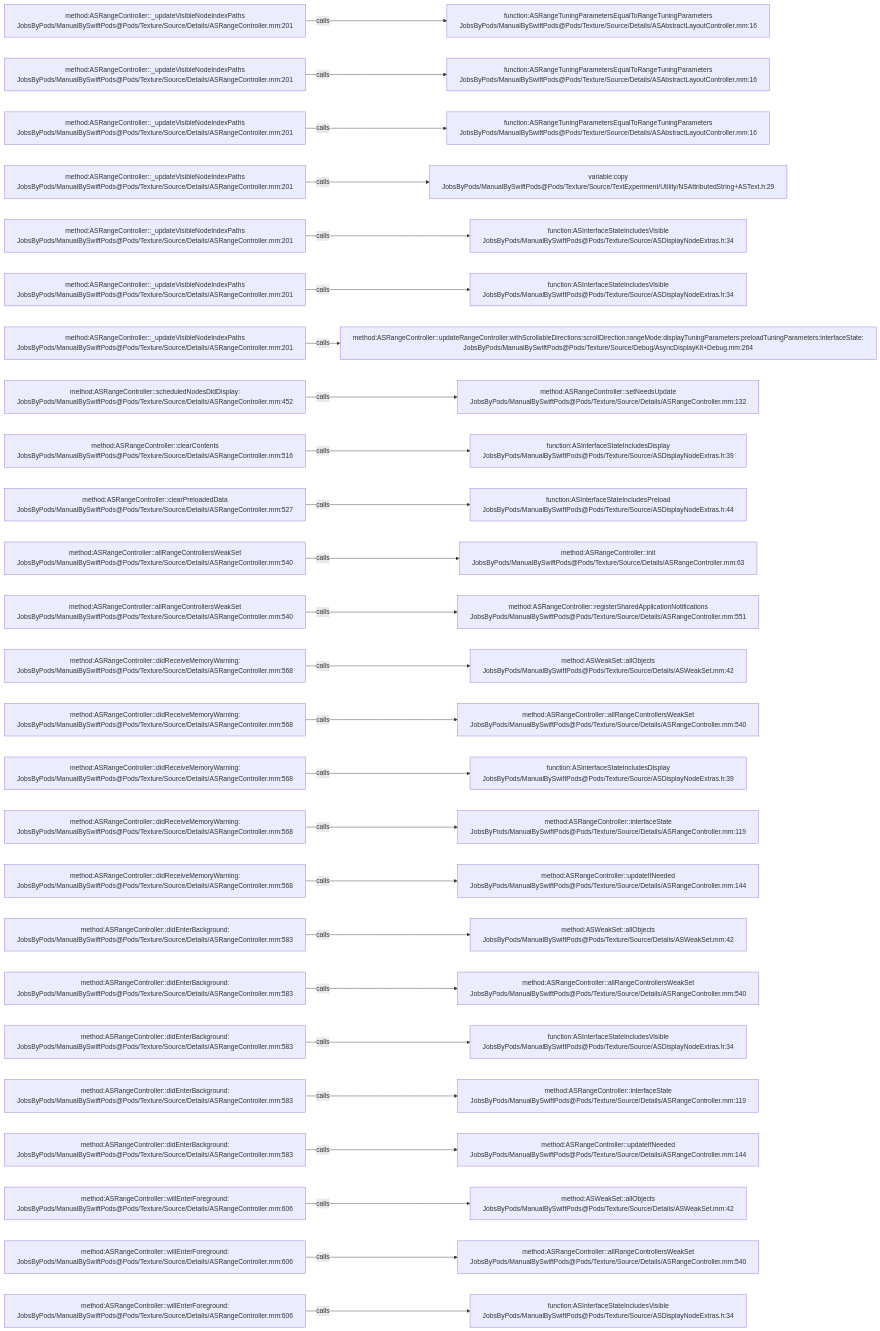
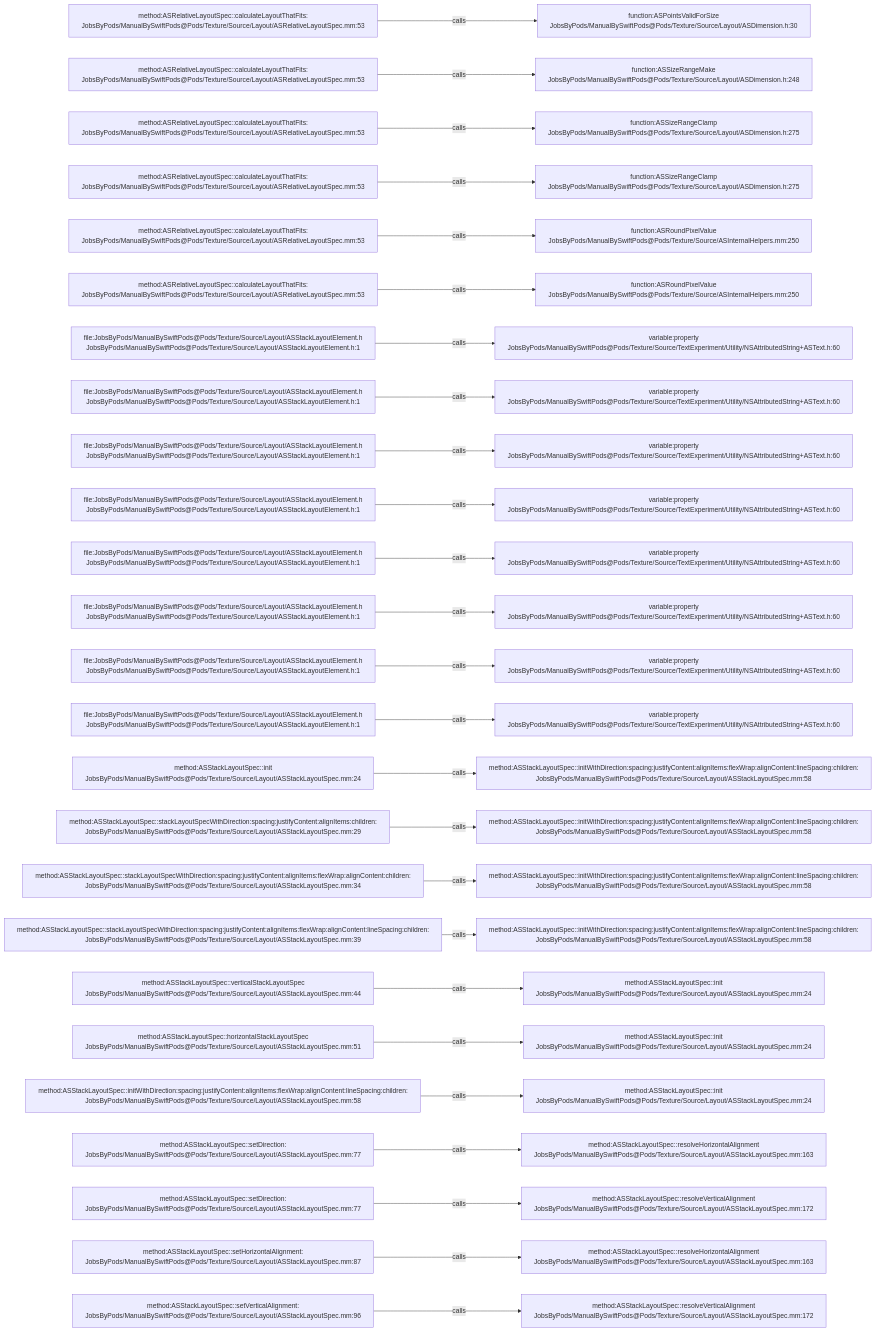
The diagram in .codegraph/codegraph.md/graphs/calls-113.md (JobsKits/JobsSwiftBaseConfigDemo), drawn with Mermaid before and after one commit. The commit also changed 832 other files, not shown here.

````diff
--- a/.codegraph/codegraph.md/graphs/calls-113.md
+++ b/.codegraph/codegraph.md/graphs/calls-113.md
@@ -13,78 +13,78 @@
 ```mermaid
 flowchart LR
-  S1["method:ASRangeController::_updateVisibleNodeIndexPaths<br/>JobsByPods/ManualBySwiftPods@Pods/Texture/Source/Details/ASRangeController.mm:201"]
-  T1["function:ASRangeTuningParametersEqualToRangeTuningParameters<br/>JobsByPods/ManualBySwiftPods@Pods/Texture/Source/Details/ASAbstractLayoutController.mm:16"]
+  S1["method:ASRelativeLayoutSpec::calculateLayoutThatFits:<br/>JobsByPods/ManualBySwiftPods@Pods/Texture/Source/Layout/ASRelativeLayoutSpec.mm:53"]
+  T1["function:ASPointsValidForSize<br/>JobsByPods/ManualBySwiftPods@Pods/Texture/Source/Layout/ASDimension.h:30"]
   S1 -->|calls| T1
-  S2["method:ASRangeController::_updateVisibleNodeIndexPaths<br/>JobsByPods/ManualBySwiftPods@Pods/Texture/Source/Details/ASRangeController.mm:201"]
-  T2["function:ASRangeTuningParametersEqualToRangeTuningParameters<br/>JobsByPods/ManualBySwiftPods@Pods/Texture/Source/Details/ASAbstractLayoutController.mm:16"]
+  S2["method:ASRelativeLayoutSpec::calculateLayoutThatFits:<br/>JobsByPods/ManualBySwiftPods@Pods/Texture/Source/Layout/ASRelativeLayoutSpec.mm:53"]
+  T2["function:ASSizeRangeMake<br/>JobsByPods/ManualBySwiftPods@Pods/Texture/Source/Layout/ASDimension.h:248"]
   S2 -->|calls| T2
-  S3["method:ASRangeController::_updateVisibleNodeIndexPaths<br/>JobsByPods/ManualBySwiftPods@Pods/Texture/Source/Details/ASRangeController.mm:201"]
-  T3["function:ASRangeTuningParametersEqualToRangeTuningParameters<br/>JobsByPods/ManualBySwiftPods@Pods/Texture/Source/Details/ASAbstractLayoutController.mm:16"]
+  S3["method:ASRelativeLayoutSpec::calculateLayoutThatFits:<br/>JobsByPods/ManualBySwiftPods@Pods/Texture/Source/Layout/ASRelativeLayoutSpec.mm:53"]
+  T3["function:ASSizeRangeClamp<br/>JobsByPods/ManualBySwiftPods@Pods/Texture/Source/Layout/ASDimension.h:275"]
   S3 -->|calls| T3
-  S4["method:ASRangeController::_updateVisibleNodeIndexPaths<br/>JobsByPods/ManualBySwiftPods@Pods/Texture/Source/Details/ASRangeController.mm:201"]
-  T4["variable:copy<br/>JobsByPods/ManualBySwiftPods@Pods/Texture/Source/TextExperiment/Utility/NSAttributedString+ASText.h:29"]
+  S4["method:ASRelativeLayoutSpec::calculateLayoutThatFits:<br/>JobsByPods/ManualBySwiftPods@Pods/Texture/Source/Layout/ASRelativeLayoutSpec.mm:53"]
+  T4["function:ASSizeRangeClamp<br/>JobsByPods/ManualBySwiftPods@Pods/Texture/Source/Layout/ASDimension.h:275"]
   S4 -->|calls| T4
-  S5["method:ASRangeController::_updateVisibleNodeIndexPaths<br/>JobsByPods/ManualBySwiftPods@Pods/Texture/Source/Details/ASRangeController.mm:201"]
-  T5["function:ASInterfaceStateIncludesVisible<br/>JobsByPods/ManualBySwiftPods@Pods/Texture/Source/ASDisplayNodeExtras.h:34"]
+  S5["method:ASRelativeLayoutSpec::calculateLayoutThatFits:<br/>JobsByPods/ManualBySwiftPods@Pods/Texture/Source/Layout/ASRelativeLayoutSpec.mm:53"]
+  T5["function:ASRoundPixelValue<br/>JobsByPods/ManualBySwiftPods@Pods/Texture/Source/ASInternalHelpers.mm:250"]
   S5 -->|calls| T5
-  S6["method:ASRangeController::_updateVisibleNodeIndexPaths<br/>JobsByPods/ManualBySwiftPods@Pods/Texture/Source/Details/ASRangeController.mm:201"]
-  T6["function:ASInterfaceStateIncludesVisible<br/>JobsByPods/ManualBySwiftPods@Pods/Texture/Source/ASDisplayNodeExtras.h:34"]
+  S6["method:ASRelativeLayoutSpec::calculateLayoutThatFits:<br/>JobsByPods/ManualBySwiftPods@Pods/Texture/Source/Layout/ASRelativeLayoutSpec.mm:53"]
+  T6["function:ASRoundPixelValue<br/>JobsByPods/ManualBySwiftPods@Pods/Texture/Source/ASInternalHelpers.mm:250"]
   S6 -->|calls| T6
-  S7["method:ASRangeController::_updateVisibleNodeIndexPaths<br/>JobsByPods/ManualBySwiftPods@Pods/Texture/Source/Details/ASRangeController.mm:201"]
-  T7["method:ASRangeController::updateRangeController:withScrollableDirections:scrollDirection:rangeMode:displayTuningParameters:preloadTuningParameters:interfaceState:<br/>JobsByPods/ManualBySwiftPods@Pods/Texture/Source/Debug/AsyncDisplayKit+Debug.mm:264"]
+  S7["file:JobsByPods/ManualBySwiftPods@Pods/Texture/Source/Layout/ASStackLayoutElement.h<br/>JobsByPods/ManualBySwiftPods@Pods/Texture/Source/Layout/ASStackLayoutElement.h:1"]
+  T7["variable:property<br/>JobsByPods/ManualBySwiftPods@Pods/Texture/Source/TextExperiment/Utility/NSAttributedString+ASText.h:60"]
   S7 -->|calls| T7
-  S8["method:ASRangeController::scheduledNodesDidDisplay:<br/>JobsByPods/ManualBySwiftPods@Pods/Texture/Source/Details/ASRangeController.mm:452"]
-  T8["method:ASRangeController::setNeedsUpdate<br/>JobsByPods/ManualBySwiftPods@Pods/Texture/Source/Details/ASRangeController.mm:132"]
+  S8["file:JobsByPods/ManualBySwiftPods@Pods/Texture/Source/Layout/ASStackLayoutElement.h<br/>JobsByPods/ManualBySwiftPods@Pods/Texture/Source/Layout/ASStackLayoutElement.h:1"]
+  T8["variable:property<br/>JobsByPods/ManualBySwiftPods@Pods/Texture/Source/TextExperiment/Utility/NSAttributedString+ASText.h:60"]
   S8 -->|calls| T8
-  S9["method:ASRangeController::clearContents<br/>JobsByPods/ManualBySwiftPods@Pods/Texture/Source/Details/ASRangeController.mm:516"]
-  T9["function:ASInterfaceStateIncludesDisplay<br/>JobsByPods/ManualBySwiftPods@Pods/Texture/Source/ASDisplayNodeExtras.h:39"]
+  S9["file:JobsByPods/ManualBySwiftPods@Pods/Texture/Source/Layout/ASStackLayoutElement.h<br/>JobsByPods/ManualBySwiftPods@Pods/Texture/Source/Layout/ASStackLayoutElement.h:1"]
+  T9["variable:property<br/>JobsByPods/ManualBySwiftPods@Pods/Texture/Source/TextExperiment/Utility/NSAttributedString+ASText.h:60"]
   S9 -->|calls| T9
-  S10["method:ASRangeController::clearPreloadedData<br/>JobsByPods/ManualBySwiftPods@Pods/Texture/Source/Details/ASRangeController.mm:527"]
-  T10["function:ASInterfaceStateIncludesPreload<br/>JobsByPods/ManualBySwiftPods@Pods/Texture/Source/ASDisplayNodeExtras.h:44"]
+  S10["file:JobsByPods/ManualBySwiftPods@Pods/Texture/Source/Layout/ASStackLayoutElement.h<br/>JobsByPods/ManualBySwiftPods@Pods/Texture/Source/Layout/ASStackLayoutElement.h:1"]
+  T10["variable:property<br/>JobsByPods/ManualBySwiftPods@Pods/Texture/Source/TextExperiment/Utility/NSAttributedString+ASText.h:60"]
   S10 -->|calls| T10
-  S11["method:ASRangeController::allRangeControllersWeakSet<br/>JobsByPods/ManualBySwiftPods@Pods/Texture/Source/Details/ASRangeController.mm:540"]
-  T11["method:ASRangeController::init<br/>JobsByPods/ManualBySwiftPods@Pods/Texture/Source/Details/ASRangeController.mm:63"]
+  S11["file:JobsByPods/ManualBySwiftPods@Pods/Texture/Source/Layout/ASStackLayoutElement.h<br/>JobsByPods/ManualBySwiftPods@Pods/Texture/Source/Layout/ASStackLayoutElement.h:1"]
+  T11["variable:property<br/>JobsByPods/ManualBySwiftPods@Pods/Texture/Source/TextExperiment/Utility/NSAttributedString+ASText.h:60"]
   S11 -->|calls| T11
-  S12["method:ASRangeController::allRangeControllersWeakSet<br/>JobsByPods/ManualBySwiftPods@Pods/Texture/Source/Details/ASRangeController.mm:540"]
-  T12["method:ASRangeController::registerSharedApplicationNotifications<br/>JobsByPods/ManualBySwiftPods@Pods/Texture/Source/Details/ASRangeController.mm:551"]
+  S12["file:JobsByPods/ManualBySwiftPods@Pods/Texture/Source/Layout/ASStackLayoutElement.h<br/>JobsByPods/ManualBySwiftPods@Pods/Texture/Source/Layout/ASStackLayoutElement.h:1"]
+  T12["variable:property<br/>JobsByPods/ManualBySwiftPods@Pods/Texture/Source/TextExperiment/Utility/NSAttributedString+ASText.h:60"]
   S12 -->|calls| T12
-  S13["method:ASRangeController::didReceiveMemoryWarning:<br/>JobsByPods/ManualBySwiftPods@Pods/Texture/Source/Details/ASRangeController.mm:568"]
-  T13["method:ASWeakSet::allObjects<br/>JobsByPods/ManualBySwiftPods@Pods/Texture/Source/Details/ASWeakSet.mm:42"]
+  S13["file:JobsByPods/ManualBySwiftPods@Pods/Texture/Source/Layout/ASStackLayoutElement.h<br/>JobsByPods/ManualBySwiftPods@Pods/Texture/Source/Layout/ASStackLayoutElement.h:1"]
+  T13["variable:property<br/>JobsByPods/ManualBySwiftPods@Pods/Texture/Source/TextExperiment/Utility/NSAttributedString+ASText.h:60"]
   S13 -->|calls| T13
-  S14["method:ASRangeController::didReceiveMemoryWarning:<br/>JobsByPods/ManualBySwiftPods@Pods/Texture/Source/Details/ASRangeController.mm:568"]
-  T14["method:ASRangeController::allRangeControllersWeakSet<br/>JobsByPods/ManualBySwiftPods@Pods/Texture/Source/Details/ASRangeController.mm:540"]
+  S14["file:JobsByPods/ManualBySwiftPods@Pods/Texture/Source/Layout/ASStackLayoutElement.h<br/>JobsByPods/ManualBySwiftPods@Pods/Texture/Source/Layout/ASStackLayoutElement.h:1"]
+  T14["variable:property<br/>JobsByPods/ManualBySwiftPods@Pods/Texture/Source/TextExperiment/Utility/NSAttributedString+ASText.h:60"]
   S14 -->|calls| T14
-  S15["method:ASRangeController::didReceiveMemoryWarning:<br/>JobsByPods/ManualBySwiftPods@Pods/Texture/Source/Details/ASRangeController.mm:568"]
-  T15["function:ASInterfaceStateIncludesDisplay<br/>JobsByPods/ManualBySwiftPods@Pods/Texture/Source/ASDisplayNodeExtras.h:39"]
+  S15["method:ASStackLayoutSpec::init<br/>JobsByPods/ManualBySwiftPods@Pods/Texture/Source/Layout/ASStackLayoutSpec.mm:24"]
+  T15["method:ASStackLayoutSpec::initWithDirection:spacing:justifyContent:alignItems:flexWrap:alignContent:lineSpacing:children:<br/>JobsByPods/ManualBySwiftPods@Pods/Texture/Source/Layout/ASStackLayoutSpec.mm:58"]
   S15 -->|calls| T15
-  S16["method:ASRangeController::didReceiveMemoryWarning:<br/>JobsByPods/ManualBySwiftPods@Pods/Texture/Source/Details/ASRangeController.mm:568"]
-  T16["method:ASRangeController::interfaceState<br/>JobsByPods/ManualBySwiftPods@Pods/Texture/Source/Details/ASRangeController.mm:119"]
+  S16["method:ASStackLayoutSpec::stackLayoutSpecWithDirection:spacing:justifyContent:alignItems:children:<br/>JobsByPods/ManualBySwiftPods@Pods/Texture/Source/Layout/ASStackLayoutSpec.mm:29"]
+  T16["method:ASStackLayoutSpec::initWithDirection:spacing:justifyContent:alignItems:flexWrap:alignContent:lineSpacing:children:<br/>JobsByPods/ManualBySwiftPods@Pods/Texture/Source/Layout/ASStackLayoutSpec.mm:58"]
   S16 -->|calls| T16
-  S17["method:ASRangeController::didReceiveMemoryWarning:<br/>JobsByPods/ManualBySwiftPods@Pods/Texture/Source/Details/ASRangeController.mm:568"]
-  T17["method:ASRangeController::updateIfNeeded<br/>JobsByPods/ManualBySwiftPods@Pods/Texture/Source/Details/ASRangeController.mm:144"]
+  S17["method:ASStackLayoutSpec::stackLayoutSpecWithDirection:spacing:justifyContent:alignItems:flexWrap:alignContent:children:<br/>JobsByPods/ManualBySwiftPods@Pods/Texture/Source/Layout/ASStackLayoutSpec.mm:34"]
+  T17["method:ASStackLayoutSpec::initWithDirection:spacing:justifyContent:alignItems:flexWrap:alignContent:lineSpacing:children:<br/>JobsByPods/ManualBySwiftPods@Pods/Texture/Source/Layout/ASStackLayoutSpec.mm:58"]
   S17 -->|calls| T17
-  S18["method:ASRangeController::didEnterBackground:<br/>JobsByPods/ManualBySwiftPods@Pods/Texture/Source/Details/ASRangeController.mm:583"]
-  T18["method:ASWeakSet::allObjects<br/>JobsByPods/ManualBySwiftPods@Pods/Texture/Source/Details/ASWeakSet.mm:42"]
+  S18["method:ASStackLayoutSpec::stackLayoutSpecWithDirection:spacing:justifyContent:alignItems:flexWrap:alignContent:lineSpacing:children:<br/>JobsByPods/ManualBySwiftPods@Pods/Texture/Source/Layout/ASStackLayoutSpec.mm:39"]
+  T18["method:ASStackLayoutSpec::initWithDirection:spacing:justifyContent:alignItems:flexWrap:alignContent:lineSpacing:children:<br/>JobsByPods/ManualBySwiftPods@Pods/Texture/Source/Layout/ASStackLayoutSpec.mm:58"]
   S18 -->|calls| T18
-  S19["method:ASRangeController::didEnterBackground:<br/>JobsByPods/ManualBySwiftPods@Pods/Texture/Source/Details/ASRangeController.mm:583"]
-  T19["method:ASRangeController::allRangeControllersWeakSet<br/>JobsByPods/ManualBySwiftPods@Pods/Texture/Source/Details/ASRangeController.mm:540"]
+  S19["method:ASStackLayoutSpec::verticalStackLayoutSpec<br/>JobsByPods/ManualBySwiftPods@Pods/Texture/Source/Layout/ASStackLayoutSpec.mm:44"]
+  T19["method:ASStackLayoutSpec::init<br/>JobsByPods/ManualBySwiftPods@Pods/Texture/Source/Layout/ASStackLayoutSpec.mm:24"]
   S19 -->|calls| T19
-  S20["method:ASRangeController::didEnterBackground:<br/>JobsByPods/ManualBySwiftPods@Pods/Texture/Source/Details/ASRangeController.mm:583"]
-  T20["function:ASInterfaceStateIncludesVisible<br/>JobsByPods/ManualBySwiftPods@Pods/Texture/Source/ASDisplayNodeExtras.h:34"]
+  S20["method:ASStackLayoutSpec::horizontalStackLayoutSpec<br/>JobsByPods/ManualBySwiftPods@Pods/Texture/Source/Layout/ASStackLayoutSpec.mm:51"]
+  T20["method:ASStackLayoutSpec::init<br/>JobsByPods/ManualBySwiftPods@Pods/Texture/Source/Layout/ASStackLayoutSpec.mm:24"]
   S20 -->|calls| T20
-  S21["method:ASRangeController::didEnterBackground:<br/>JobsByPods/ManualBySwiftPods@Pods/Texture/Source/Details/ASRangeController.mm:583"]
-  T21["method:ASRangeController::interfaceState<br/>JobsByPods/ManualBySwiftPods@Pods/Texture/Source/Details/ASRangeController.mm:119"]
+  S21["method:ASStackLayoutSpec::initWithDirection:spacing:justifyContent:alignItems:flexWrap:alignContent:lineSpacing:children:<br/>JobsByPods/ManualBySwiftPods@Pods/Texture/Source/Layout/ASStackLayoutSpec.mm:58"]
+  T21["method:ASStackLayoutSpec::init<br/>JobsByPods/ManualBySwiftPods@Pods/Texture/Source/Layout/ASStackLayoutSpec.mm:24"]
   S21 -->|calls| T21
-  S22["method:ASRangeController::didEnterBackground:<br/>JobsByPods/ManualBySwiftPods@Pods/Texture/Source/Details/ASRangeController.mm:583"]
-  T22["method:ASRangeController::updateIfNeeded<br/>JobsByPods/ManualBySwiftPods@Pods/Texture/Source/Details/ASRangeController.mm:144"]
+  S22["method:ASStackLayoutSpec::setDirection:<br/>JobsByPods/ManualBySwiftPods@Pods/Texture/Source/Layout/ASStackLayoutSpec.mm:77"]
+  T22["method:ASStackLayoutSpec::resolveHorizontalAlignment<br/>JobsByPods/ManualBySwiftPods@Pods/Texture/Source/Layout/ASStackLayoutSpec.mm:163"]
   S22 -->|calls| T22
-  S23["method:ASRangeController::willEnterForeground:<br/>JobsByPods/ManualBySwiftPods@Pods/Texture/Source/Details/ASRangeController.mm:606"]
-  T23["method:ASWeakSet::allObjects<br/>JobsByPods/ManualBySwiftPods@Pods/Texture/Source/Details/ASWeakSet.mm:42"]
+  S23["method:ASStackLayoutSpec::setDirection:<br/>JobsByPods/ManualBySwiftPods@Pods/Texture/Source/Layout/ASStackLayoutSpec.mm:77"]
+  T23["method:ASStackLayoutSpec::resolveVerticalAlignment<br/>JobsByPods/ManualBySwiftPods@Pods/Texture/Source/Layout/ASStackLayoutSpec.mm:172"]
   S23 -->|calls| T23
-  S24["method:ASRangeController::willEnterForeground:<br/>JobsByPods/ManualBySwiftPods@Pods/Texture/Source/Details/ASRangeController.mm:606"]
-  T24["method:ASRangeController::allRangeControllersWeakSet<br/>JobsByPods/ManualBySwiftPods@Pods/Texture/Source/Details/ASRangeController.mm:540"]
+  S24["method:ASStackLayoutSpec::setHorizontalAlignment:<br/>JobsByPods/ManualBySwiftPods@Pods/Texture/Source/Layout/ASStackLayoutSpec.mm:87"]
+  T24["method:ASStackLayoutSpec::resolveHorizontalAlignment<br/>JobsByPods/ManualBySwiftPods@Pods/Texture/Source/Layout/ASStackLayoutSpec.mm:163"]
   S24 -->|calls| T24
-  S25["method:ASRangeController::willEnterForeground:<br/>JobsByPods/ManualBySwiftPods@Pods/Texture/Source/Details/ASRangeController.mm:606"]
-  T25["function:ASInterfaceStateIncludesVisible<br/>JobsByPods/ManualBySwiftPods@Pods/Texture/Source/ASDisplayNodeExtras.h:34"]
+  S25["method:ASStackLayoutSpec::setVerticalAlignment:<br/>JobsByPods/ManualBySwiftPods@Pods/Texture/Source/Layout/ASStackLayoutSpec.mm:96"]
+  T25["method:ASStackLayoutSpec::resolveVerticalAlignment<br/>JobsByPods/ManualBySwiftPods@Pods/Texture/Source/Layout/ASStackLayoutSpec.mm:172"]
   S25 -->|calls| T25
 ```
````
